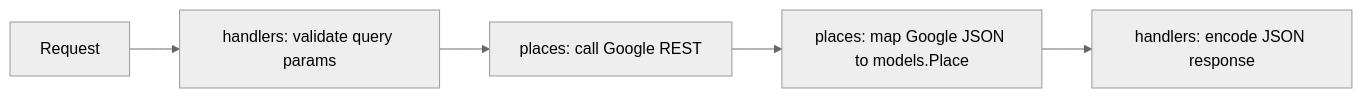
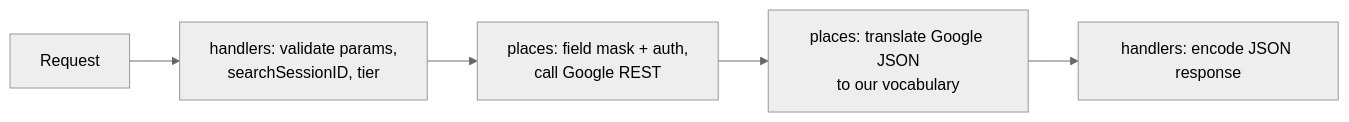
The second of 2 diagrams in docs/ARCHITECTURE.md (jdanker/savor-api), drawn with Mermaid (neutral theme) before and after one commit. The commit also changed other lines of this file and 3 other files, not shown here.

Commit message:
update architecture, state, todo, and decisions documentation for Phase 1 API surface and session handling

````diff
--- a/docs/ARCHITECTURE.md
+++ b/docs/ARCHITECTURE.md
@@ -19,7 +31,7 @@
 ```mermaid
 flowchart LR
-    R[Request] --> H[handlers: validate query params]
-    H --> P[places: call Google REST]
-    P --> M[places: map Google JSON to models.Place]
+    R[Request] --> H[handlers: validate params,<br/>searchSessionID, tier]
+    H --> P[places: field mask + auth,<br/>call Google REST]
+    P --> M[places: translate Google JSON<br/>to our vocabulary]
     M --> J[handlers: encode JSON response]
 ```
````
